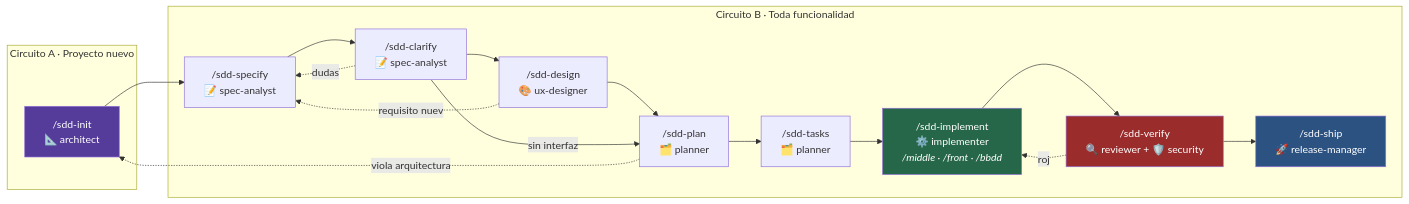
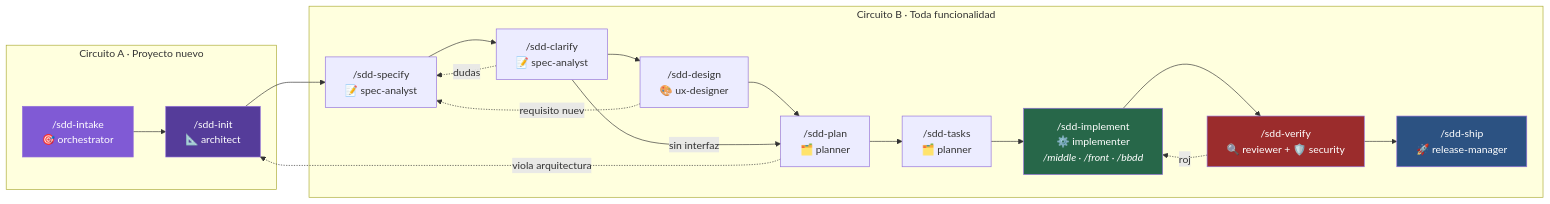
Before and after one commit to jechamo/Estructura_inicial_claude: the first of 4 diagrams in README.md, drawn with Mermaid. The commit also changed other lines of this file and 73 other files, not shown here.

````diff
--- a/README.md
+++ b/README.md
@@ -57,29 +61,31 @@
 ```mermaid
 flowchart LR
     subgraph A["Circuito A · Proyecto nuevo"]
+        IN["/sdd-intake<br/>🎯 orchestrator"]
         I["/sdd-init<br/>📐 architect"]
     end
 
     subgraph B["Circuito B · Toda funcionalidad"]
         S["/sdd-specify<br/>📝 spec-analyst"]
         C["/sdd-clarify<br/>📝 spec-analyst"]
         D["/sdd-design<br/>🎨 ux-designer"]
         P["/sdd-plan<br/>🗂️ planner"]
         T["/sdd-tasks<br/>🗂️ planner"]
         M["/sdd-implement<br/>⚙️ implementer<br/><i>/middle · /front · /bbdd</i>"]
         V["/sdd-verify<br/>🔍 reviewer + 🛡️ security"]
         SH["/sdd-ship<br/>🚀 release-manager"]
     end
 
-    I --> S --> C --> D --> P --> T --> M --> V --> SH
+    IN --> I --> S --> C --> D --> P --> T --> M --> V --> SH
     C -->|sin interfaz| P
     V -.rojo.-> M
     C -.dudas.-> S
     D -.requisito nuevo.-> S
     P -.viola arquitectura.-> I
 
+    style IN fill:#805ad5,color:#fff
     style I fill:#553c9a,color:#fff
     style M fill:#276749,color:#fff
     style V fill:#9b2c2c,color:#fff
     style SH fill:#2c5282,color:#fff
 ```
````
